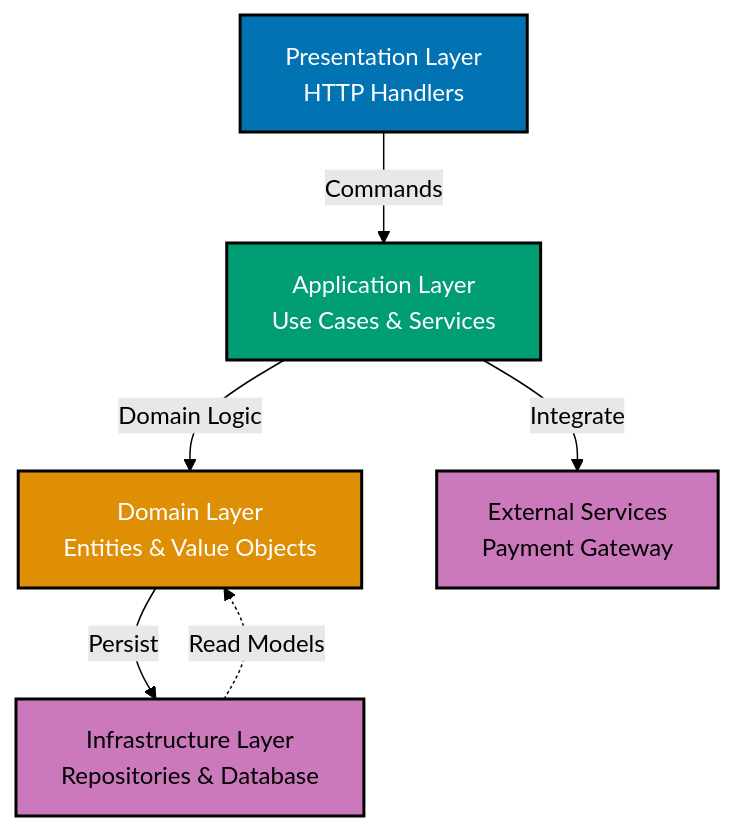
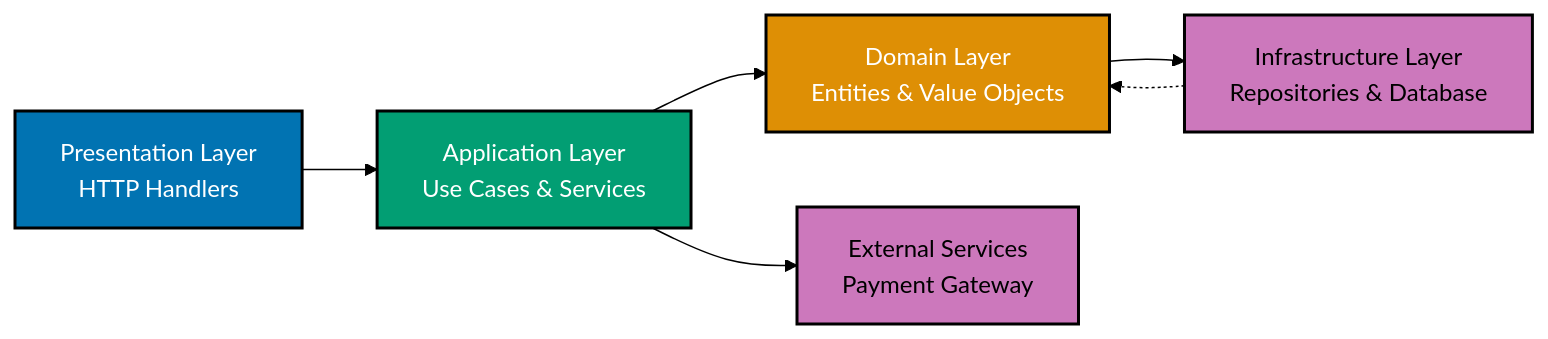
Before and after one commit to wahidyankf/open-sharia-enterprise: the first of 5 diagrams in docs/explanation/software-engineering/programming-languages/golang/ddd-standards.md, drawn with Mermaid (forest theme). The commit also changed other lines of this file and 11 other files, not shown here.

First line of the commit message:
fix(docs): fix mermaid violations in golang docs

````diff
--- a/docs/explanation/software-engineering/programming-languages/golang/ddd-standards.md
+++ b/docs/explanation/software-engineering/programming-languages/golang/ddd-standards.md
@@ -52,22 +52,22 @@
 ```mermaid
 %% Color Palette: Blue #0173B2, Orange #DE8F05, Teal #029E73, Purple #CC78BC
 %% DDD layers for zakat donation system
 
-graph TD
+graph LR
     A["Presentation Layer<br/>HTTP Handlers"]:::blue
     B["Application Layer<br/>Use Cases & Services"]:::teal
     C["Domain Layer<br/>Entities & Value Objects"]:::orange
     D["Infrastructure Layer<br/>Repositories & Database"]:::purple
     E["External Services<br/>Payment Gateway"]:::purple
 
-    A -->|"Commands"| B
-    B -->|"Domain Logic"| C
-    C -->|"Persist"| D
-    B -->|"Integrate"| E
-    D -.->|"Read Models"| C
+    A --> B
+    B --> C
+    C --> D
+    B --> E
+    D -.-> C
 
     classDef blue fill:#0173B2,stroke:#000000,color:#FFFFFF,stroke-width:2px
     classDef orange fill:#DE8F05,stroke:#000000,color:#FFFFFF,stroke-width:2px
     classDef teal fill:#029E73,stroke:#000000,color:#FFFFFF,stroke-width:2px
     classDef purple fill:#CC78BC,stroke:#000000,color:#000000,stroke-width:2px
 ```
````
